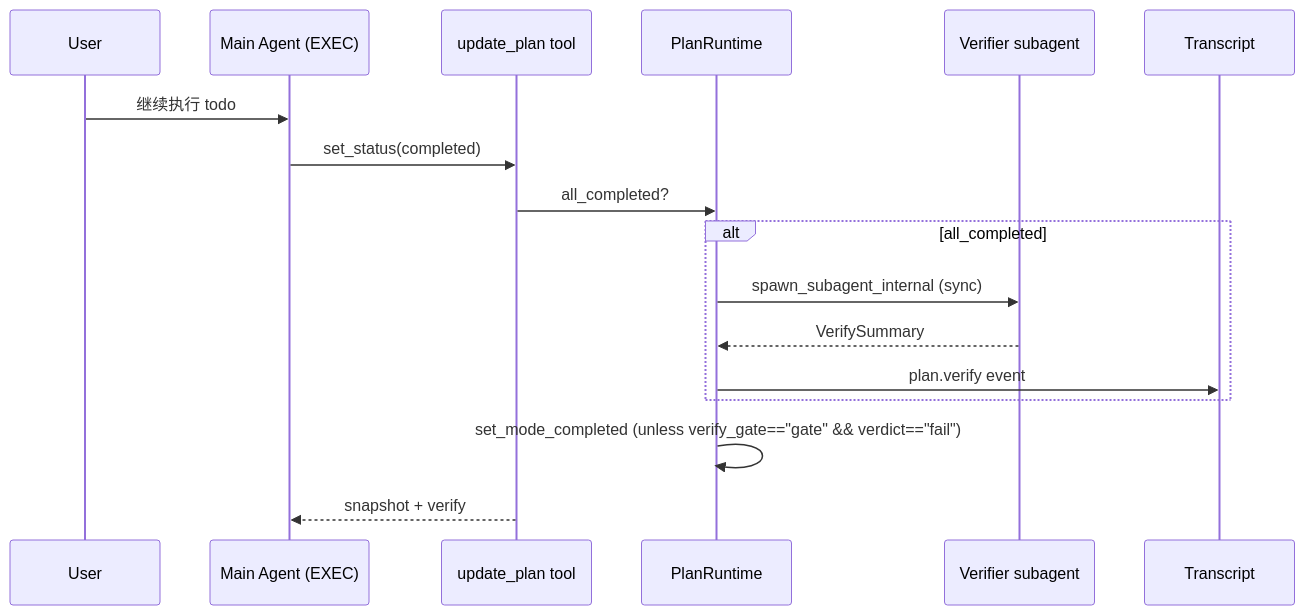
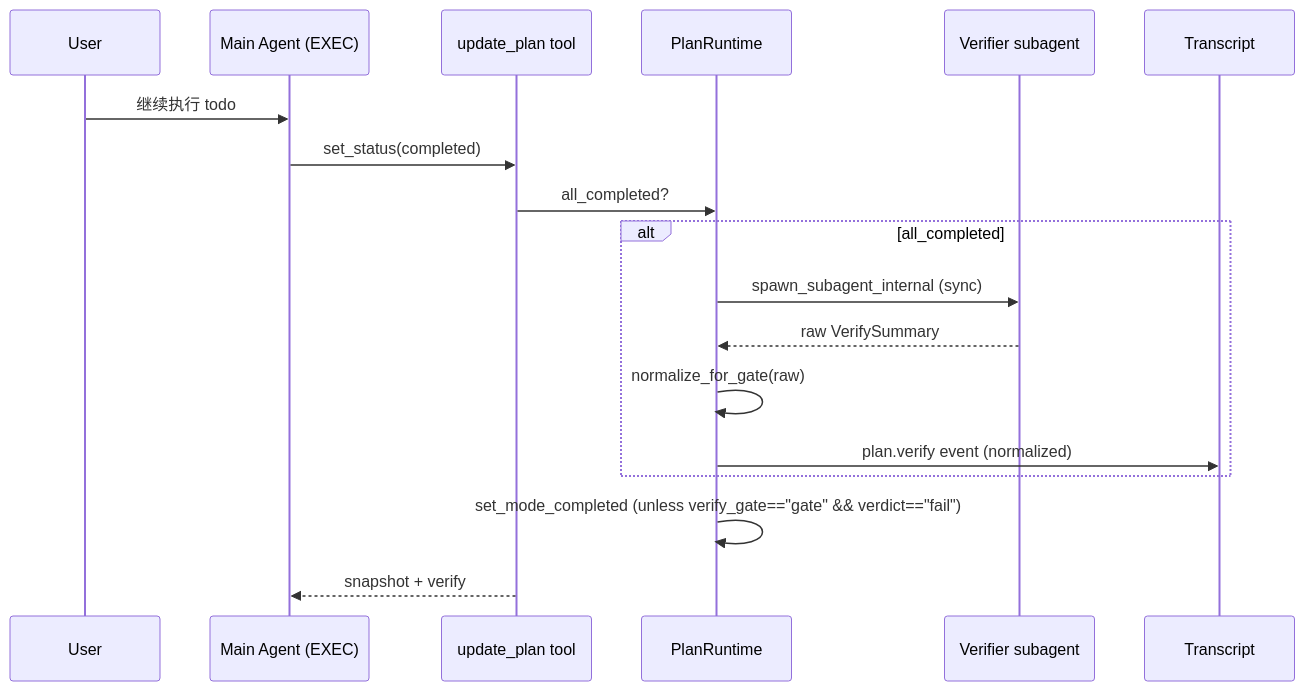
The diagram in tomcat/docs/architecture/plan-exec-code-verification.md (teisun/tomcat-agent), drawn with Mermaid before and after one commit. The commit also changed other lines of this file and 10 other files, not shown here.

First line of the commit message:
fix(plan): align verifier remediation with architecture spec

````diff
--- a/tomcat/docs/architecture/plan-exec-code-verification.md
+++ b/tomcat/docs/architecture/plan-exec-code-verification.md
@@ -537,20 +546,21 @@
 ```mermaid
 sequenceDiagram
   participant User
   participant Main as Main Agent (EXEC)
   participant UP as update_plan tool
   participant PR as PlanRuntime
   participant VR as Verifier subagent
   participant TR as Transcript
 
   User->>Main: 继续执行 todo
   Main->>UP: set_status(completed)
   UP->>PR: all_completed?
   alt all_completed
     PR->>VR: spawn_subagent_internal (sync)
-    VR-->>PR: VerifySummary
-    PR->>TR: plan.verify event
+    VR-->>PR: raw VerifySummary
+    PR->>PR: normalize_for_gate(raw)
+    PR->>TR: plan.verify event (normalized)
   end
   PR->>PR: set_mode_completed (unless verify_gate=="gate" && verdict=="fail")
   UP-->>Main: snapshot + verify
 ```
````
